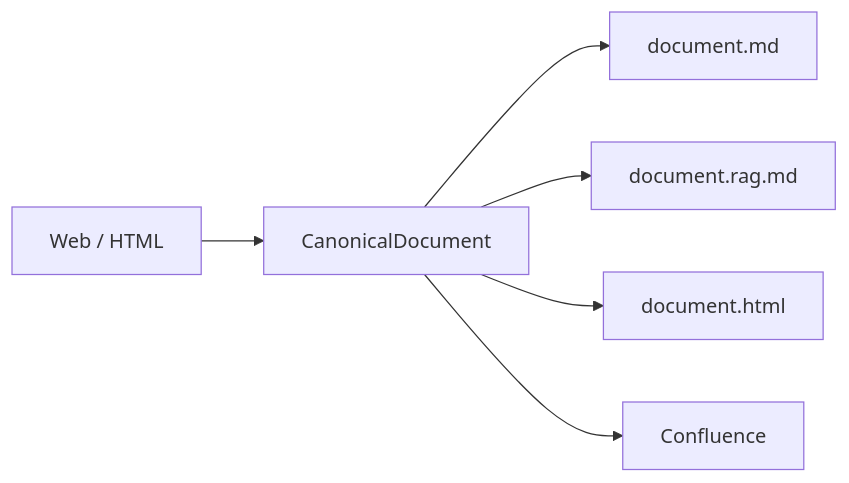
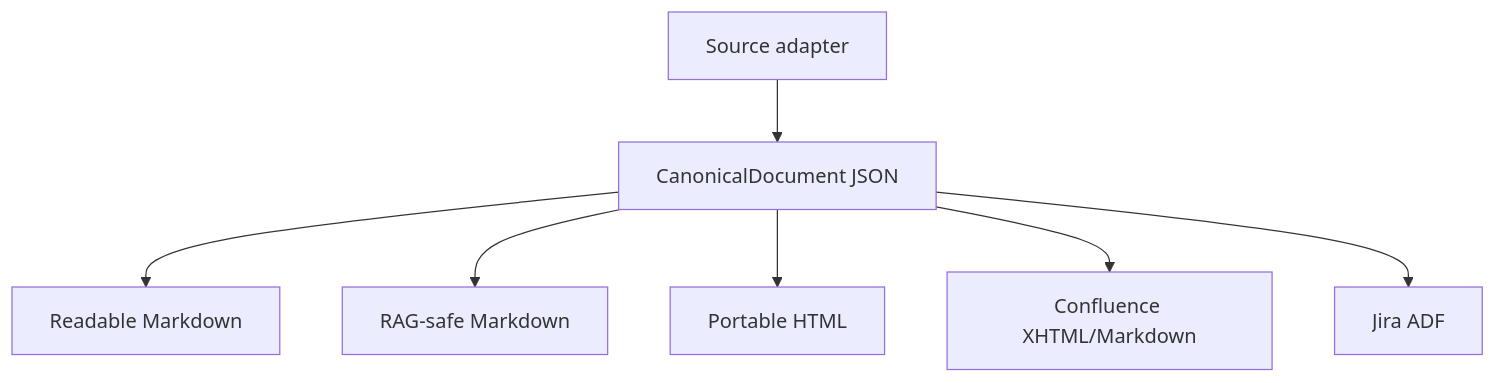
Before and after one commit to orenault/docspecbridge: the second of 3 diagrams in README.md, drawn with Mermaid. The commit also changed other lines of this file and 19 other files, not shown here.

````diff
--- a/README.md
+++ b/README.md
@@ -128,8 +78,9 @@
 ```mermaid
-flowchart LR
-    WEB[Web / HTML] --> CAN[CanonicalDocument]
-    CAN --> MD[document.md]
-    CAN --> RAG[document.rag.md]
-    CAN --> HTML[document.html]
-    CAN --> CONF[Confluence]
+flowchart TD
+    SOURCE[Source adapter] --> CAN[CanonicalDocument JSON]
+    CAN --> HUMAN[Readable Markdown]
+    CAN --> RAG[RAG-safe Markdown]
+    CAN --> HTML[Portable HTML]
+    CAN --> CONFLUENCE[Confluence XHTML/Markdown]
+    CAN --> ADF[Jira ADF]
 ```
````
